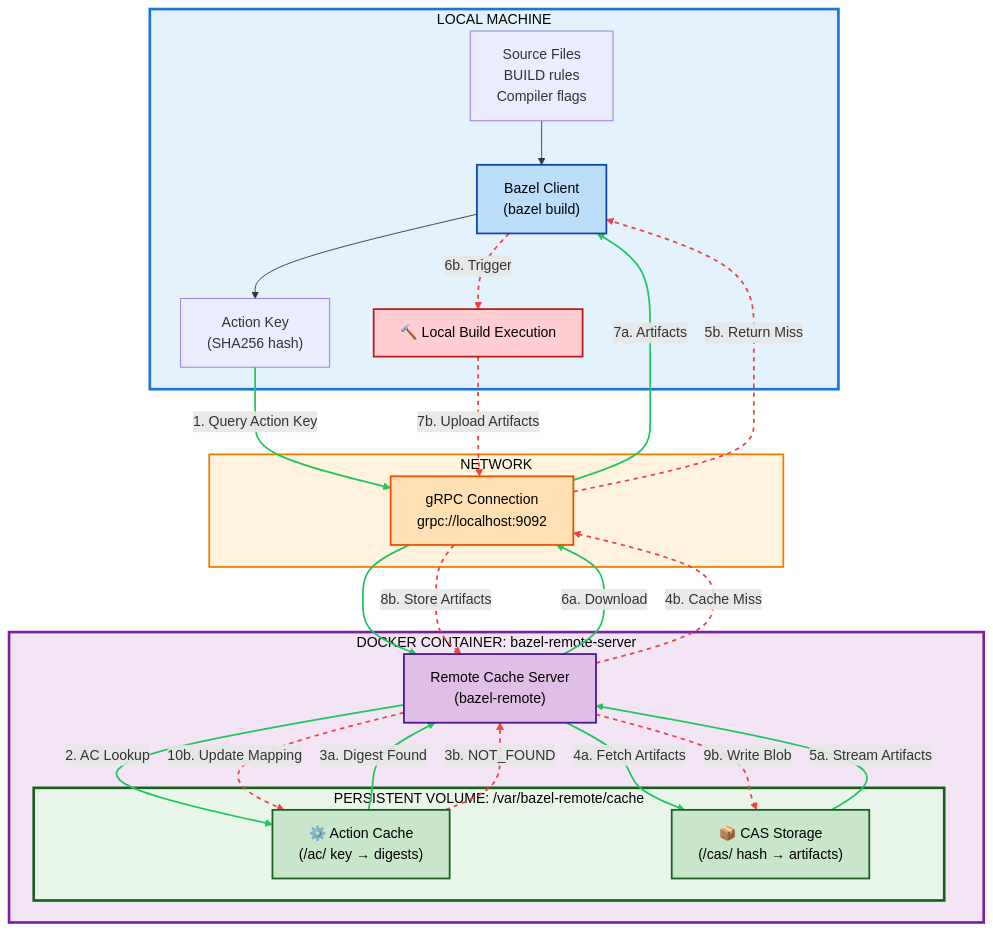
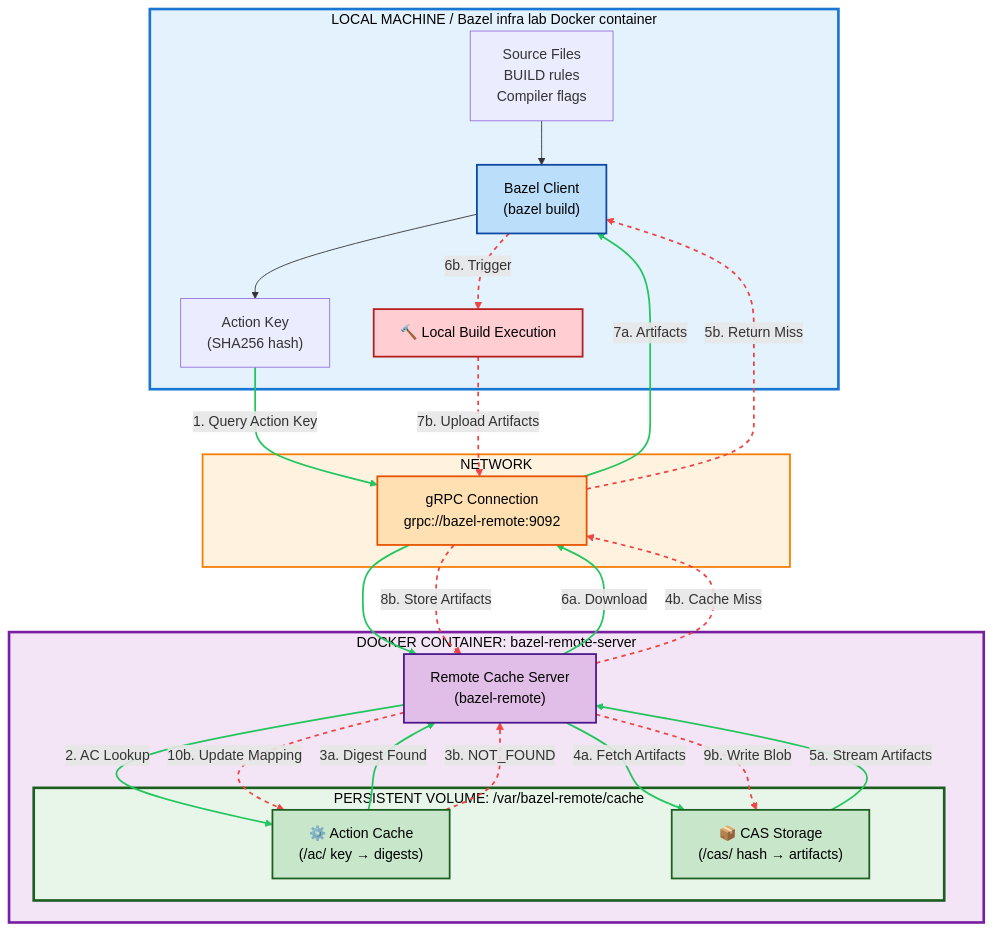
The first of 3 diagrams in README.md (iakshayubale/bazel-infra-lab), drawn with Mermaid before and after one commit. The commit also changed other lines of this file and 23 other files, not shown here.

First line of the commit message:
feat: complete dev container setup with Bazelisk, docker-compose, and consolidated documentation

````diff
--- a/README.md
+++ b/README.md
@@ -257,82 +196,82 @@
 ```mermaid
 %%{init: {'flowchart': {'htmlLabels': true}, 'theme': 'default', 'themeVariables': { 'subGraphTitleColor': '#000000' }}}%%
 graph TB
-    subgraph LOCAL["<span style='color:#000;'>LOCAL MACHINE</span>"]
+    subgraph LOCAL["<span style='color:#000;'>LOCAL MACHINE / Bazel infra lab Docker container</span>"]
         SRC["Source Files<br/>BUILD rules<br/>Compiler flags"]
         BC["Bazel Client<br/>(bazel build)"]
         HASH["Action Key<br/>(SHA256 hash)"]
         LOCAL_BUILD["🔨 Local Build Execution"]
     end
     
     subgraph NETWORK["<span style='color:#000;'>NETWORK</span>"]
-        GRPC["gRPC Connection<br/>grpc://localhost:9092"]
+        GRPC["gRPC Connection<br/>grpc://bazel-remote:9092"]
     end
     
     subgraph DOCKER["<span style='color:#000;'>DOCKER CONTAINER: bazel-remote-server</span>"]
         SERVER["Remote Cache Server<br/>(bazel-remote)"]
         
         subgraph VOL["<span style='color:#000;'>PERSISTENT VOLUME: /var/bazel-remote/cache</span>"]
             AC["⚙️ Action Cache<br/>(/ac/ key → digests)"]
             CAS["📦 CAS Storage<br/>(/cas/ hash → artifacts)"]
         end
     end
     
     %% Index 0
     SRC --> BC
     %% Index 1
     BC --> HASH
     
     %% Index 2: Step 1
     HASH -->|1. Query Action Key| GRPC
     %% Index 3: Step 1 cont.
     GRPC --> SERVER
     %% Index 4: Step 2
     SERVER -->|2. AC Lookup| AC
     
     %% HIT PATH (Green)
     %% Index 5: Step 3a
     AC -->|3a. Digest Found| SERVER
     %% Index 6: Step 4a
     SERVER -->|4a. Fetch Artifacts| CAS
     %% Index 7: Step 5a
     CAS -->|5a. Stream Artifacts| SERVER
     %% Index 8: Step 6a
     SERVER -->|6a. Download| GRPC
     %% Index 9: Step 7a
     GRPC -->|7a. Artifacts| BC
     
     %% MISS PATH (Red)
     %% Index 10: Step 3b
     AC -.->|3b. NOT_FOUND| SERVER
     %% Index 11: Step 4b
     SERVER -.->|4b. Cache Miss| GRPC
     %% Index 12: Step 5b
     GRPC -.->|5b. Return Miss| BC
     %% Index 13: Step 6b
     BC -.->|6b. Trigger| LOCAL_BUILD
     %% Index 14: Step 7b
     LOCAL_BUILD -.->|7b. Upload Artifacts| GRPC
     %% Index 15: Step 8b
     GRPC -.->|8b. Store Artifacts| SERVER
     %% Index 16: Step 9b
     SERVER -.->|9b. Write Blob| CAS
     %% Index 17: Step 10b
     SERVER -.->|10b. Update Mapping| AC
     
     style LOCAL fill:#e3f2fd,stroke:#1976d2,stroke-width:3px,color:#000
     style NETWORK fill:#fff3e0,stroke:#f57c00,stroke-width:2px,color:#000
     style DOCKER fill:#f3e5f5,stroke:#7b1fa2,stroke-width:3px,color:#000
     style VOL fill:#e8f5e9,stroke:#1b5e20,stroke-width:3px,color:#000
     style BC fill:#bbdefb,stroke:#0d47a1,stroke-width:2px,color:#000
     style LOCAL_BUILD fill:#ffcdd2,stroke:#b71c1c,stroke-width:2px,color:#000
     style GRPC fill:#ffe0b2,stroke:#e65100,stroke-width:2px,color:#000
     style SERVER fill:#e1bee7,stroke:#4a148c,stroke-width:2px,color:#000
     style AC fill:#c8e6c9,stroke:#1b5e20,stroke-width:2px,color:#000
     style CAS fill:#c8e6c9,stroke:#1b5e20,stroke-width:2px,color:#000
 
     %% Green Hit Path (Steps 1, 2, 3a, 4a, 5a, 6a, 7a = Indices 2, 3, 4, 5, 6, 7, 8, 9)
     linkStyle 2,3,4,5,6,7,8,9 stroke:#22c55e,stroke-width:2px;
 
     %% Red Miss Path (Steps 3b through 10b = Indices 10 through 17)
     linkStyle 10,11,12,13,14,15,16,17 stroke:#ef4444,stroke-width:2px,stroke-dasharray: 5 5;
 ```
````
